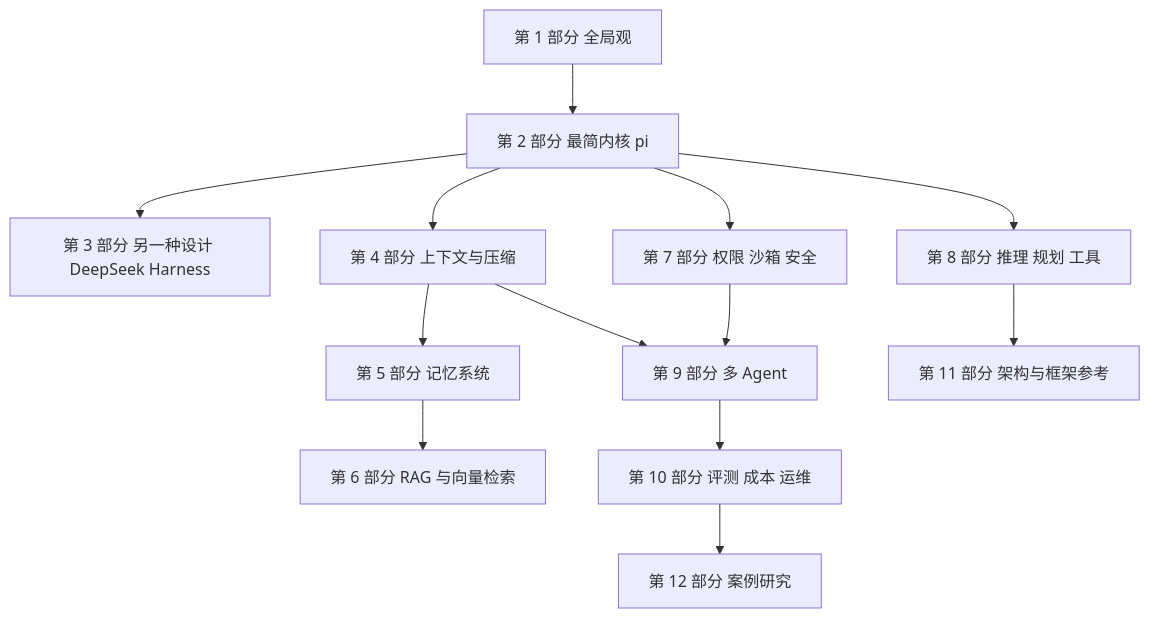
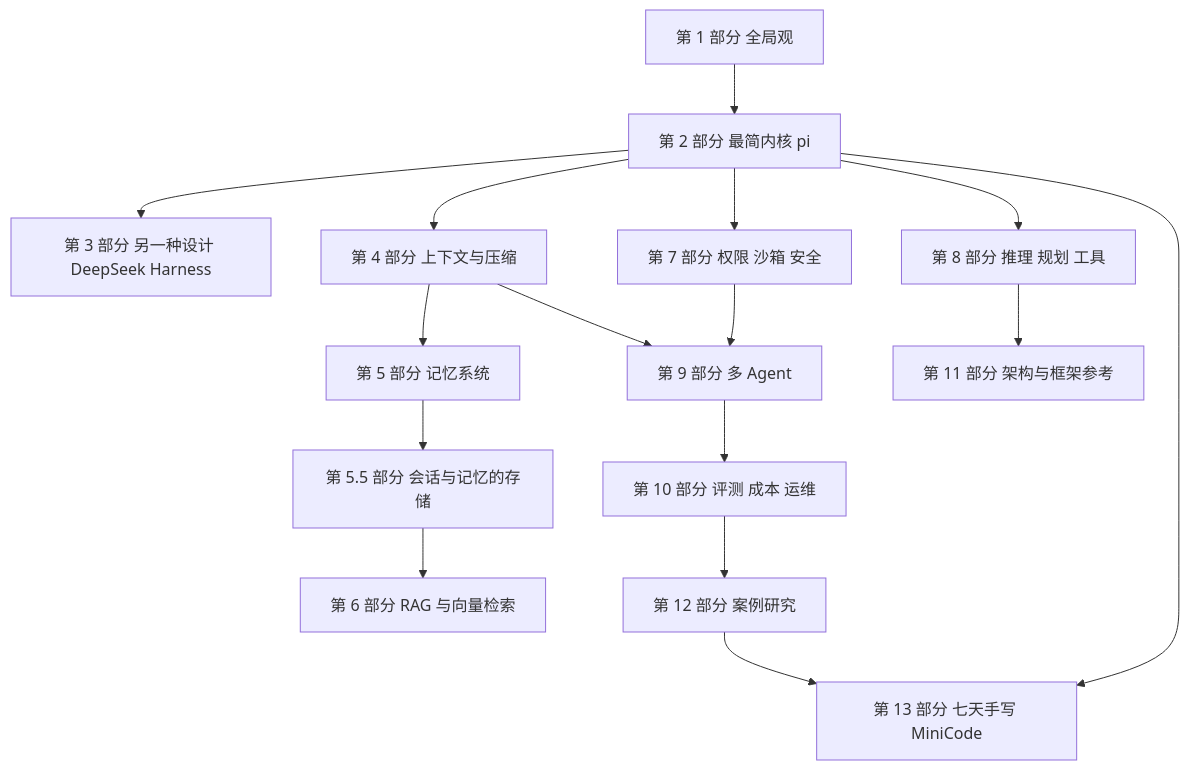
Before and after one commit to Shyu-x/frontend-interview: the diagram in docs/agent/index.md, drawn with Mermaid. The commit also changed other lines of this file and 58 other files, not shown here.

First line of the commit message:
docs(agent): 重写 40 个旧 Agent 页，新增会话存储专题与七天 MiniCode 课程

````diff
--- a/docs/agent/index.md
+++ b/docs/agent/index.md
@@ -22,15 +24,18 @@
 ```mermaid
 flowchart TD
   A["第 1 部分 全局观"] --> B["第 2 部分 最简内核 pi"]
   B --> C["第 3 部分 另一种设计 DeepSeek Harness"]
   B --> D["第 4 部分 上下文与压缩"]
   D --> E["第 5 部分 记忆系统"]
-  E --> F["第 6 部分 RAG 与向量检索"]
+  E --> E2["第 5.5 部分 会话与记忆的存储"]
+  E2 --> F["第 6 部分 RAG 与向量检索"]
   B --> G["第 7 部分 权限 沙箱 安全"]
   B --> H["第 8 部分 推理 规划 工具"]
   D --> I["第 9 部分 多 Agent"]
   G --> I
   I --> J["第 10 部分 评测 成本 运维"]
   H --> K["第 11 部分 架构与框架参考"]
   J --> L["第 12 部分 案例研究"]
+  B --> M["第 13 部分 七天手写 MiniCode"]
+  L --> M
 ```
````
